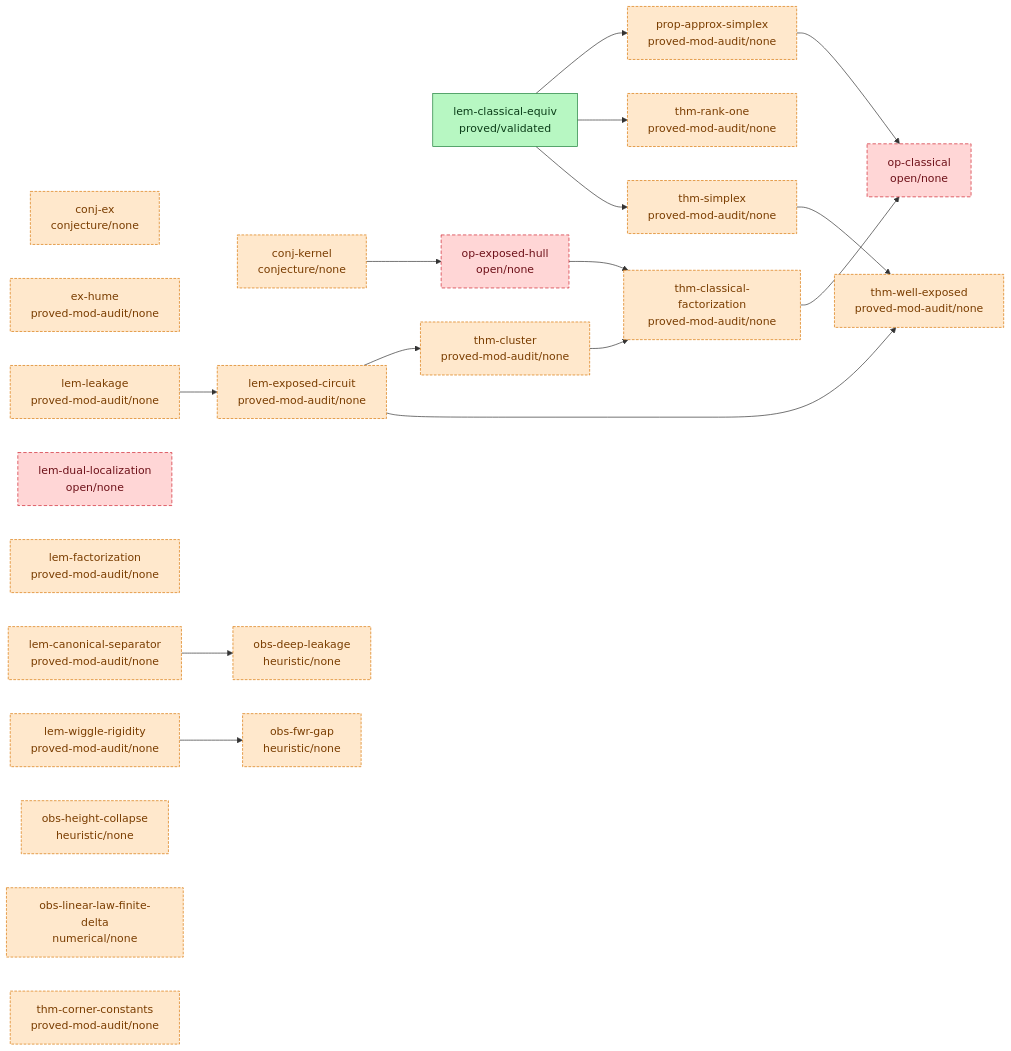
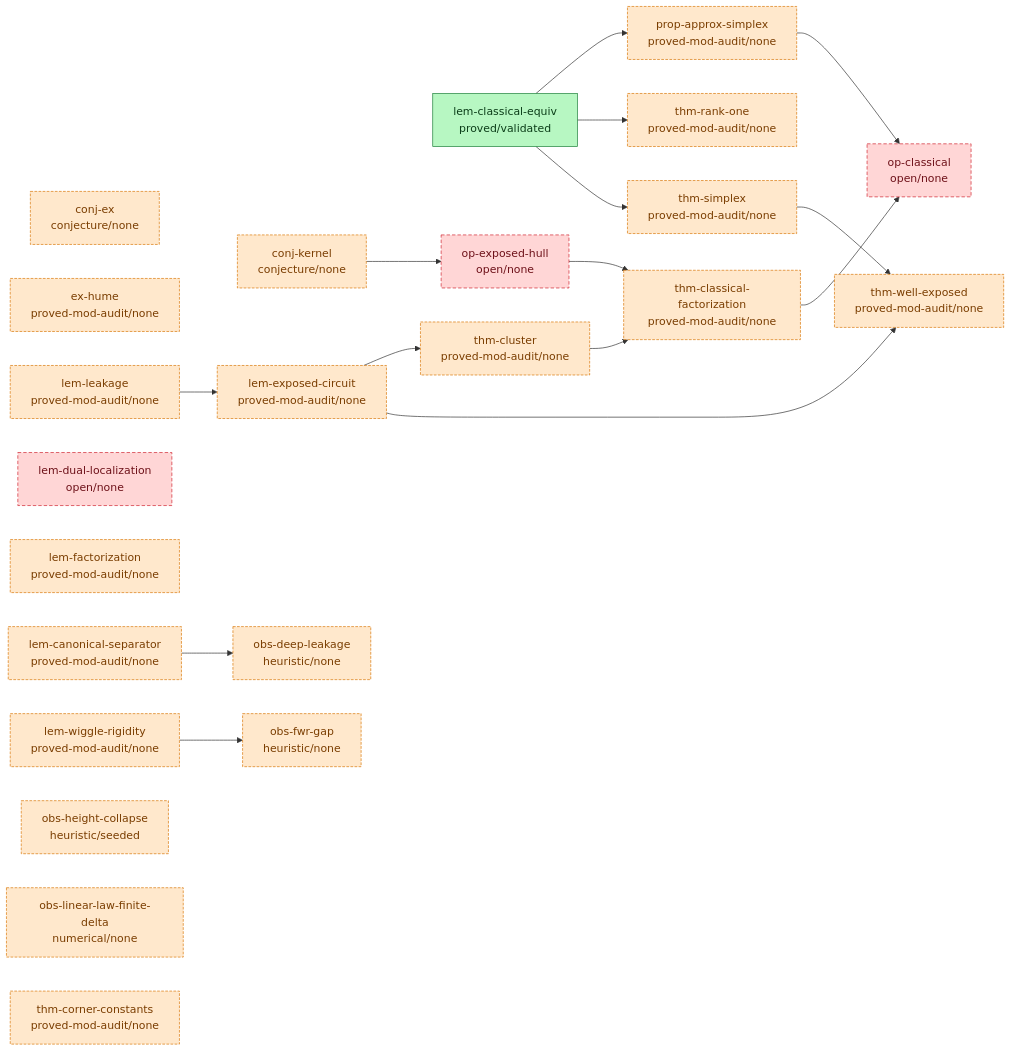
The diagram in argument/DAG.md (tobiasosborne/almost-idempotent-stochastic-maps), drawn with Mermaid before and after one commit. The commit also changed 5 other files, not shown here.

First line of the commit message:
Seed af workspace for obs-height-collapse (af: none -> seeded)

````diff
--- a/argument/DAG.md
+++ b/argument/DAG.md
@@ -6,50 +6,50 @@
 ```mermaid
 graph LR
   classDef validated fill:#b7f7c2,stroke:#1a7f37,color:#0b3d18;
   classDef proved fill:#cfe3ff,stroke:#0969da,color:#0a3069;
   classDef seeded fill:#fff3c4,stroke:#bf8700,color:#5a4500;
   classDef stated fill:#eaecef,stroke:#8b949e,color:#24292f;
   classDef cited fill:#e7d6ff,stroke:#8250df,color:#3b1a73;
   classDef nonrigorous fill:#ffe8cc,stroke:#d97706,color:#7a3d00,stroke-dasharray:4 2;
   classDef open fill:#ffd6d6,stroke:#cf222e,color:#6e1119,stroke-dasharray:5 3;
   conj-ex["conj-ex<br/>conjecture/none"]
   conj-kernel["conj-kernel<br/>conjecture/none"]
   ex-hume["ex-hume<br/>proved-mod-audit/none"]
   lem-canonical-separator["lem-canonical-separator<br/>proved-mod-audit/none"]
   lem-classical-equiv["lem-classical-equiv<br/>proved/validated"]
   lem-dual-localization["lem-dual-localization<br/>open/none"]
   lem-exposed-circuit["lem-exposed-circuit<br/>proved-mod-audit/none"]
   lem-factorization["lem-factorization<br/>proved-mod-audit/none"]
   lem-leakage["lem-leakage<br/>proved-mod-audit/none"]
   lem-wiggle-rigidity["lem-wiggle-rigidity<br/>proved-mod-audit/none"]
   obs-deep-leakage["obs-deep-leakage<br/>heuristic/none"]
   obs-fwr-gap["obs-fwr-gap<br/>heuristic/none"]
-  obs-height-collapse["obs-height-collapse<br/>heuristic/none"]
+  obs-height-collapse["obs-height-collapse<br/>heuristic/seeded"]
   obs-linear-law-finite-delta["obs-linear-law-finite-delta<br/>numerical/none"]
   op-classical["op-classical<br/>open/none"]
   op-exposed-hull["op-exposed-hull<br/>open/none"]
   prop-approx-simplex["prop-approx-simplex<br/>proved-mod-audit/none"]
   thm-classical-factorization["thm-classical-factorization<br/>proved-mod-audit/none"]
   thm-cluster["thm-cluster<br/>proved-mod-audit/none"]
   thm-corner-constants["thm-corner-constants<br/>proved-mod-audit/none"]
   thm-rank-one["thm-rank-one<br/>proved-mod-audit/none"]
   thm-simplex["thm-simplex<br/>proved-mod-audit/none"]
   thm-well-exposed["thm-well-exposed<br/>proved-mod-audit/none"]
   conj-kernel --> op-exposed-hull
   lem-canonical-separator --> obs-deep-leakage
   lem-classical-equiv --> prop-approx-simplex
   lem-classical-equiv --> thm-rank-one
   lem-classical-equiv --> thm-simplex
   lem-exposed-circuit --> thm-cluster
   lem-exposed-circuit --> thm-well-exposed
   lem-leakage --> lem-exposed-circuit
   lem-wiggle-rigidity --> obs-fwr-gap
   op-exposed-hull --> thm-classical-factorization
   prop-approx-simplex --> op-classical
   thm-classical-factorization --> op-classical
   thm-cluster --> thm-classical-factorization
   thm-simplex --> thm-well-exposed
   class lem-classical-equiv validated;
   class conj-ex,conj-kernel,ex-hume,lem-canonical-separator,lem-exposed-circuit,lem-factorization,lem-leakage,lem-wiggle-rigidity,obs-deep-leakage,obs-fwr-gap,obs-height-collapse,obs-linear-law-finite-delta,prop-approx-simplex,thm-classical-factorization,thm-cluster,thm-corner-constants,thm-rank-one,thm-simplex,thm-well-exposed nonrigorous;
   class lem-dual-localization,op-classical,op-exposed-hull open;
 ```
````
